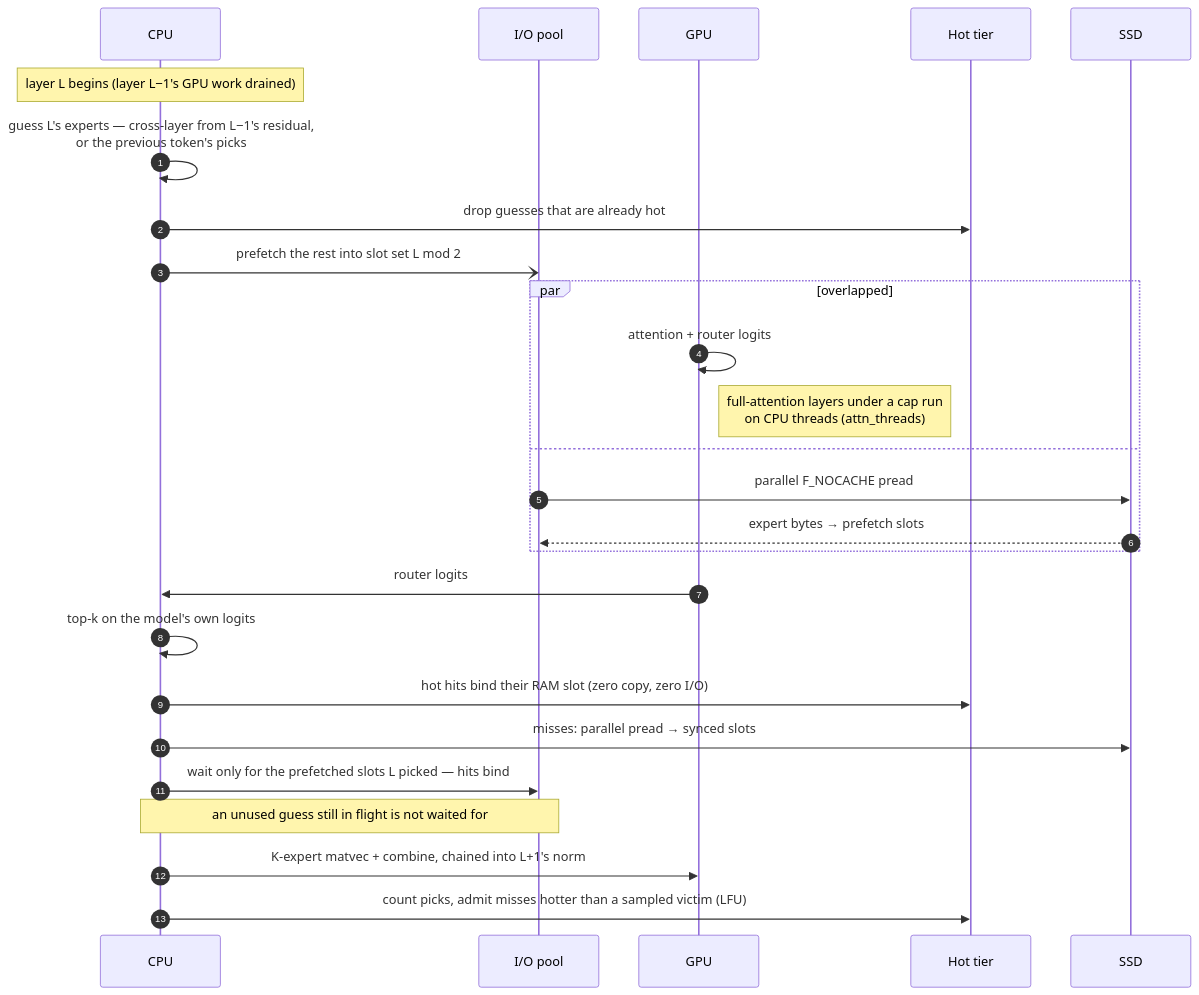
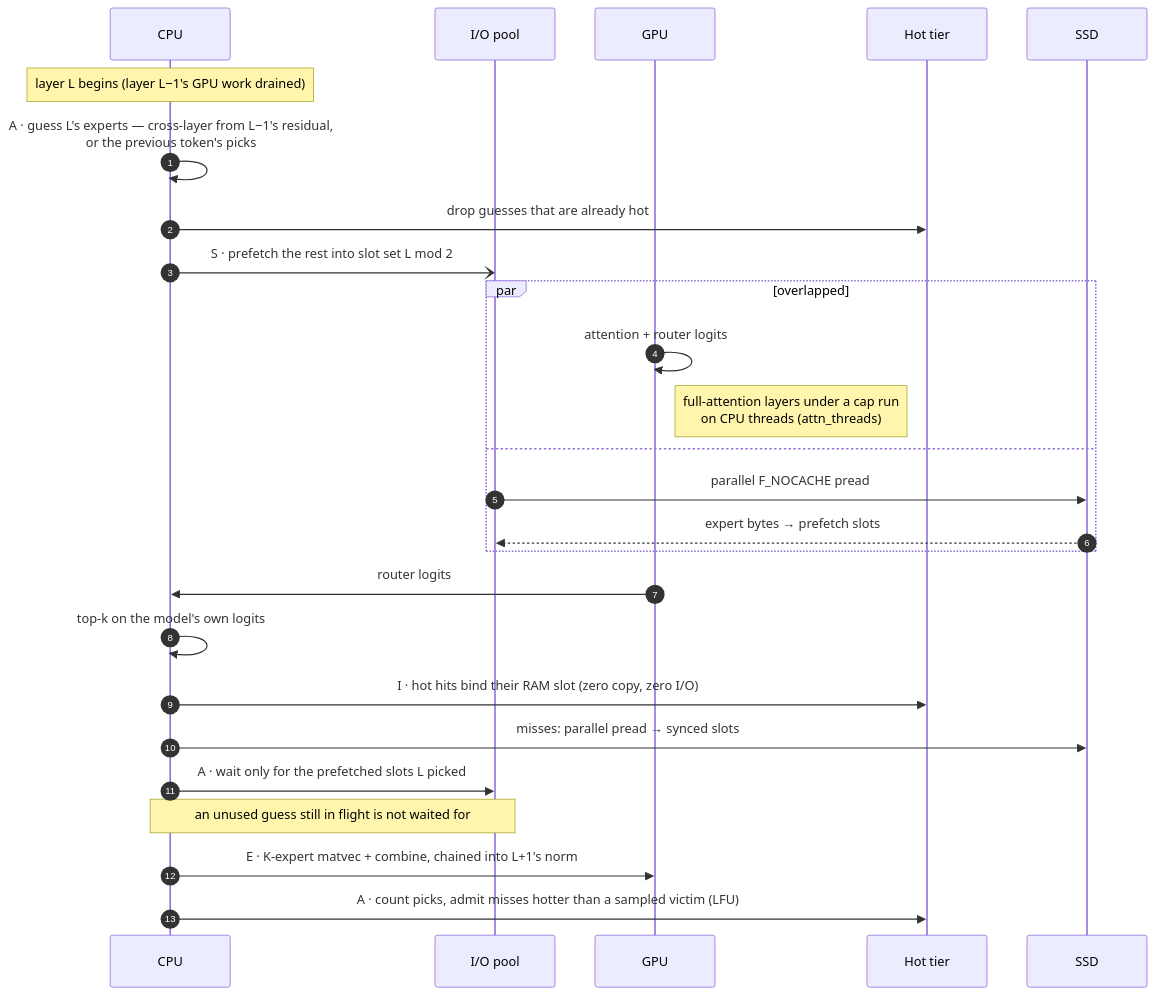
The fifth of 9 diagrams in README.md (transybao1393/streamoe), drawn with Mermaid before and after one commit. The commit also changed other lines of this file, not shown here.

First line of the commit message:
docs: README architecture as AEGIS

````diff
--- a/README.md
+++ b/README.md
@@ -185,29 +253,29 @@
 ```mermaid
 sequenceDiagram
     autonumber
     participant C as CPU
     participant IO as I/O pool
     participant G as GPU
     participant H as Hot tier
     participant S as SSD
 
     Note over C: layer L begins (layer L−1's GPU work drained)
-    C->>C: guess L's experts — cross-layer from L−1's residual,<br/>or the previous token's picks
+    C->>C: A · guess L's experts — cross-layer from L−1's residual,<br/>or the previous token's picks
     C->>H: drop guesses that are already hot
-    C-)IO: prefetch the rest into slot set L mod 2
+    C-)IO: S · prefetch the rest into slot set L mod 2
     par overlapped
         G->>G: attention + router logits
         Note right of G: full-attention layers under a cap run<br/>on CPU threads (attn_threads)
     and
         IO->>S: parallel F_NOCACHE pread
         S-->>IO: expert bytes → prefetch slots
     end
     G->>C: router logits
     C->>C: top-k on the model's own logits
-    C->>H: hot hits bind their RAM slot (zero copy, zero I/O)
+    C->>H: I · hot hits bind their RAM slot (zero copy, zero I/O)
     C->>S: misses: parallel pread → synced slots
-    C->>IO: wait only for the prefetched slots L picked — hits bind
+    C->>IO: A · wait only for the prefetched slots L picked
     Note over C,IO: an unused guess still in flight is not waited for
-    C->>G: K-expert matvec + combine, chained into L+1's norm
-    C->>H: count picks, admit misses hotter than a sampled victim (LFU)
+    C->>G: E · K-expert matvec + combine, chained into L+1's norm
+    C->>H: A · count picks, admit misses hotter than a sampled victim (LFU)
 ```
````
